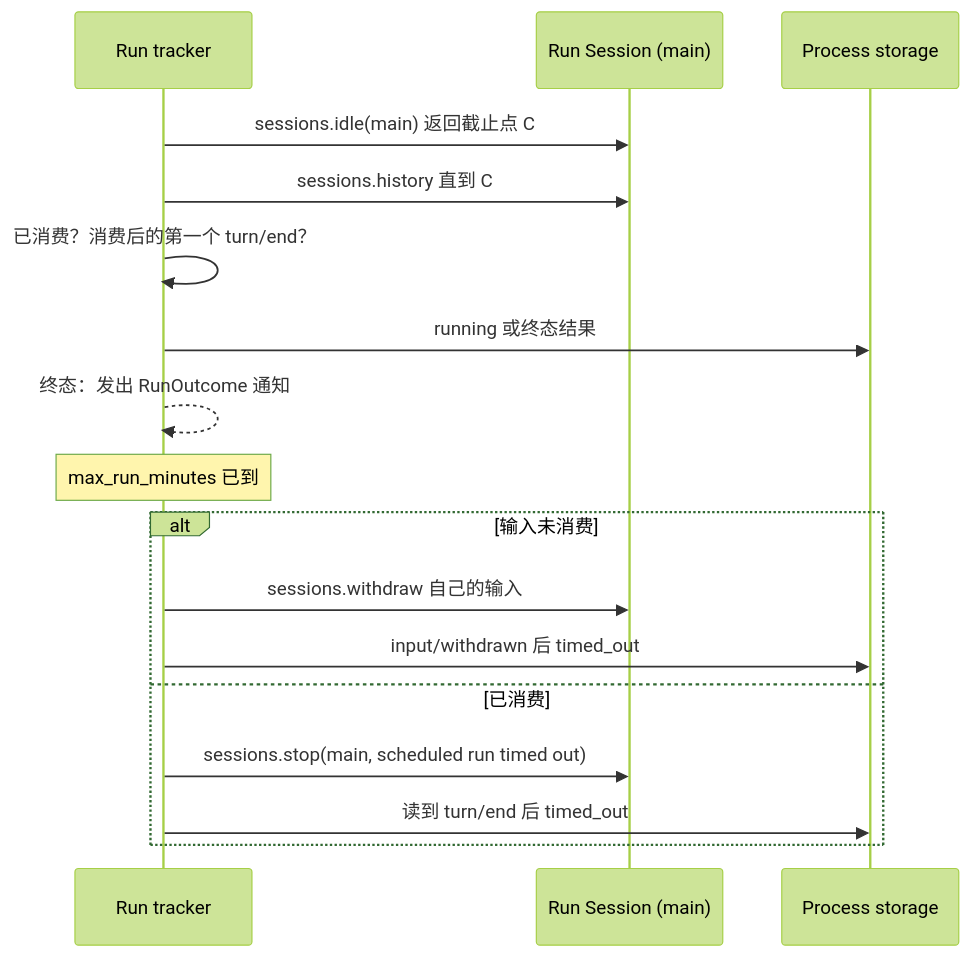
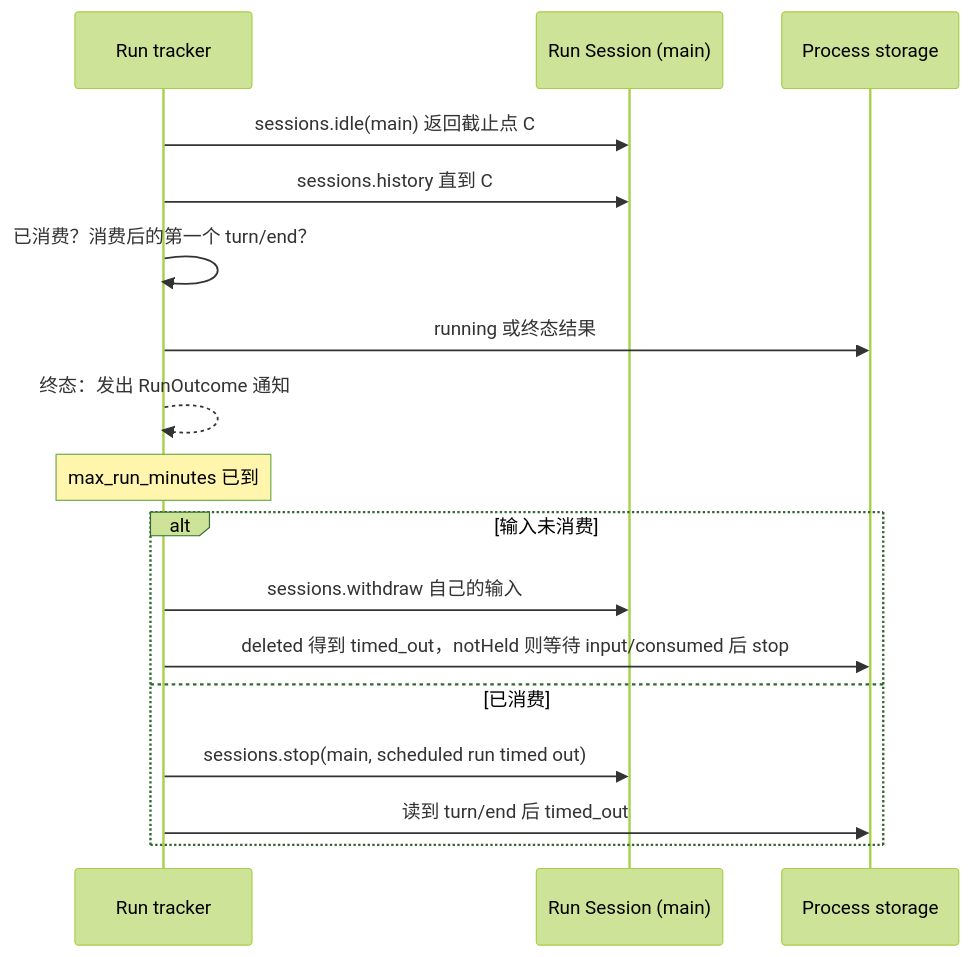
Before and after one commit to CoutinhoTTS/dim-agent: the fourth of 6 diagrams in docs/zh/design/plugins/Scheduler.md, drawn with Mermaid (forest theme). The commit also changed other lines of this file and 18 other files, not shown here.

````diff
--- a/docs/zh/design/plugins/Scheduler.md
+++ b/docs/zh/design/plugins/Scheduler.md
@@ -105,19 +105,19 @@
 ```mermaid
 sequenceDiagram
   participant R as Run tracker
   participant S as Run Session (main)
   participant ST as Process storage
   R->>S: sessions.idle(main) 返回截止点 C
   R->>S: sessions.history 直到 C
   R->>R: 已消费？消费后的第一个 turn/end？
   R->>ST: running 或终态结果
   R-->>R: 终态：发出 RunOutcome 通知
   Note over R: max_run_minutes 已到
   alt 输入未消费
     R->>S: sessions.withdraw 自己的输入
-    R->>ST: input/withdrawn 后 timed_out
+    R->>ST: deleted 得到 timed_out，notHeld 则等待 input/consumed 后 stop
   else 已消费
     R->>S: sessions.stop(main, scheduled run timed out)
     R->>ST: 读到 turn/end 后 timed_out
   end
 ```
````
